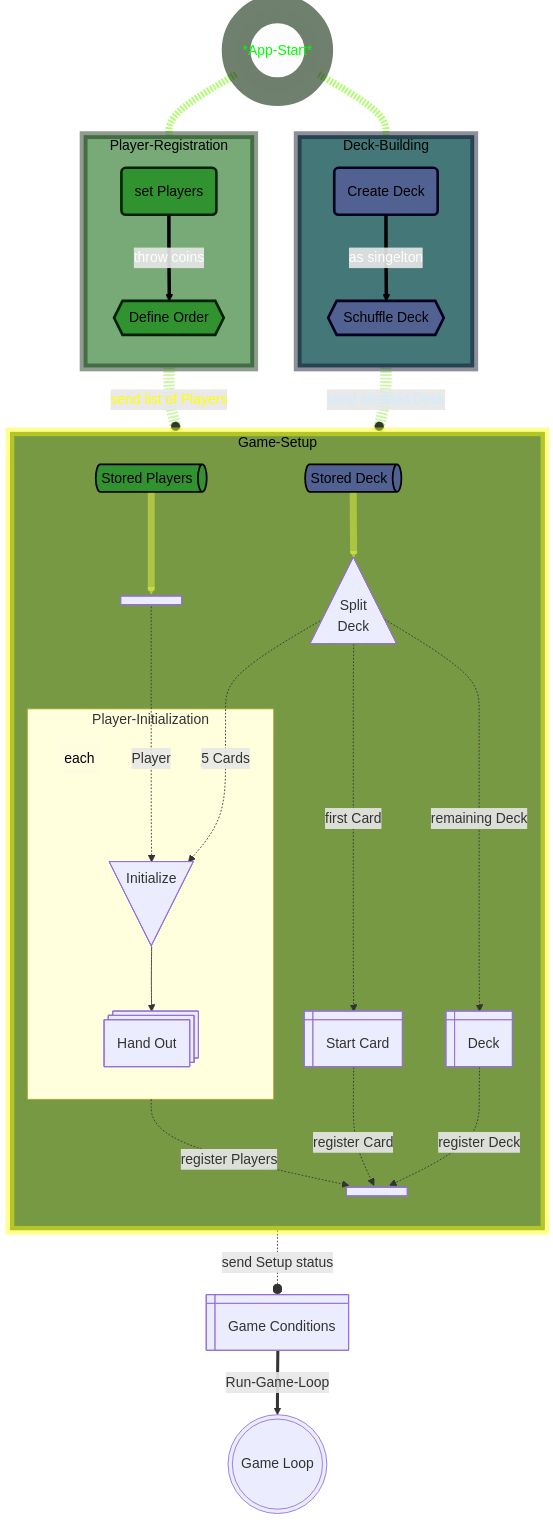
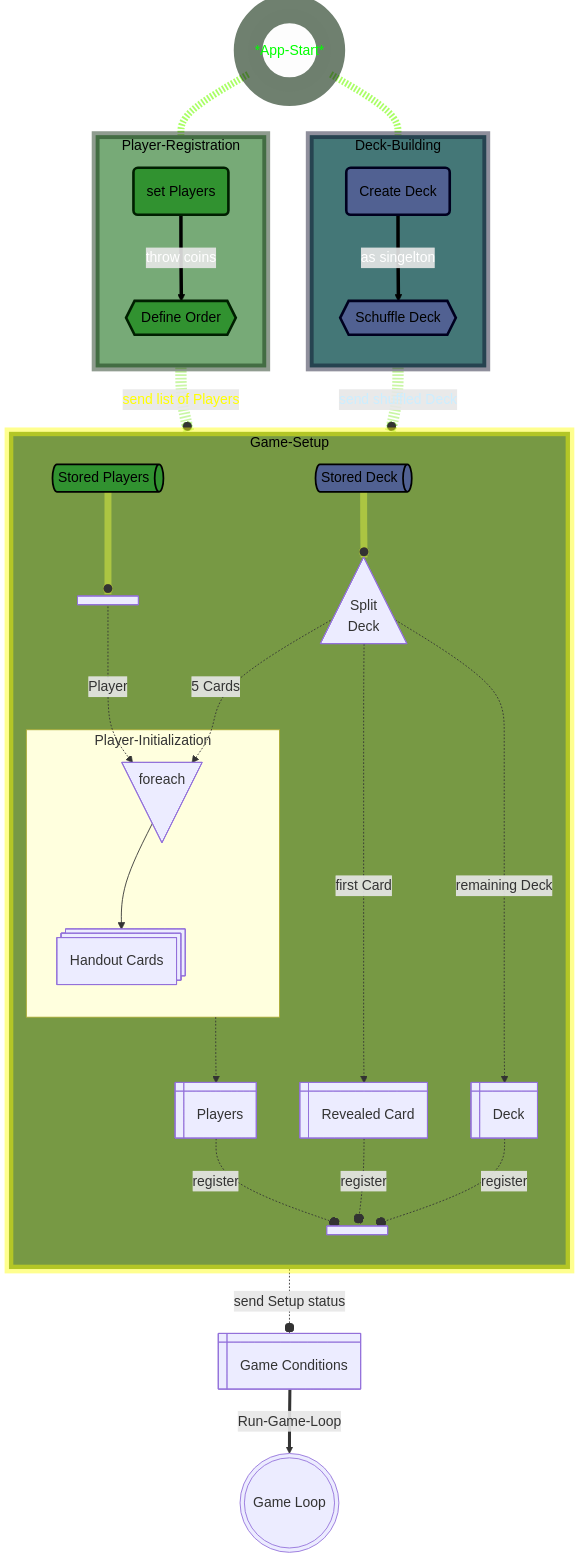
Before and after one commit to IxI-Enki/PoseUebung-016: the diagram in README.md, drawn with Mermaid.

```diff
--- a/README.md
+++ b/README.md
@@ -10,22 +10,24 @@
 flowchart TB
 
   %% NODES:
-    fxStrtCndtns[ Game Conditions     ]@{ shape: win-pane }
-    dfPlyrOrdr[   Define Order        ]@{ shape: hex      }
-    bgnGame[      Game Loop           ]@{ shape: dbl-circ }
-    hndPlyr[      Hand Out            ]@{ shape: st-rect  }
-    dfPlyr[       set Players         ]@{ shape: rounded  }
-    fxPlyr[       Stored Players      ]@{ shape: h-cyl    }
-    crDck[        Create Deck         ]@{ shape: rounded  }
-    shDck[        Schuffle Deck       ]@{ shape: hex      }
-    rvCrd[        Start Card          ]@{ shape: win-pane }
-    fxDck[        Stored Deck         ]@{ shape: h-cyl    }
-    strt[         *App-Start*         ]@{ shape: circle   }
-    init[         i                   ]@{ shape: fork     }
-    e[            Initialize          ]@{ shape: flip-tri }
-    ip[           i                   ]@{ shape: fork     }
-                                     id@{ shape: tri, label: "Split\n Deck" }
-    d[            Deck                ]@{ shape: win-pane }
+    fxStrtCndtns[ Game Conditions ]@{ shape: win-pane }
+    dfPlyrOrdr[   Define Order    ]@{ shape: hex      }
+    bgnGame[      Game Loop       ]@{ shape: dbl-circ }
+    players[      Players         ]@{ shape: win-pane }
+    fxPlyr[       Stored Players  ]@{ shape: h-cyl    }
+    dfPlyr[       set Players     ]@{ shape: rounded  }
+    rvCrd[        Revealed Card   ]@{ shape: win-pane }
+    shDck[        Schuffle Deck   ]@{ shape: hex      }
+    crDck[        Create Deck     ]@{ shape: rounded  }
+    fxDck[        Stored Deck     ]@{ shape: h-cyl    }
+    strt[         *App-Start*     ]@{ shape: circle   }
+    init[         i               ]@{ shape: fork     }
+    ip[           i               ]@{ shape: fork     }
+    e[            foreach         ]@{ shape: flip-tri }
+    d[            Deck            ]@{ shape: win-pane }
+         
+         id@{ shape: tri,     label: "Split\n Deck"  }
+    hndPlyr@{ shape: st-rect, label: "Handout Cards" }
     
   %% CLASS STYLES:
     style strt color:#0f0f, fill:#f1f4f230, stroke:#001f0090, stroke-width:33px;
@@ -72,32 +74,33 @@
       direction TB 
 
     %% PLAYER INIT:
-      fxPlyr --> ip
-      fxDck  --> id
+      fxPlyr --o ip
+      fxDck  --o id
         linkStyle 6,7 stroke:#e0f0407f, stroke-width:8px;
 
-      ip -..-> | Player  | e
-      id -..-> | 5 Cards | e 
+      ip -.-> | Player  | e
+      id -.-> | 5 Cards | e 
       %%  linkStyle 6,7 stroke:#e0f0407f, stroke-width:8px;
 
         subgraph Player-Initialization
-          note[ each ]@{shape: text} ~~~ e
-            style note color:#000, fill:#d7d9d409, stroke:#ffffff30, stroke-width:2px;
           e --> hndPlyr
-        
           %%  linkStyle 6,7 stroke:#e0f0407f, stroke-width:8px;
         end
 
-      Player-Initialization -.-> | register Players | init
+      Player-Initialization -..-> players
+      %%  linkStyle 6,7 stroke:#e0f0407f, stroke-width:8px;
+
+      
+      id    -.-> | first Card     | rvCrd
+      id    -.-> | remaining Deck | d
       %%  linkStyle 6,7 stroke:#e0f0407f, stroke-width:8px;
       
-      id    -.-> | first Card     | rvCrd
-      rvCrd -.-> | register Card  | init
-      id    -.-> | remaining Deck | d
-      d     -.-> | register Deck  | init
+      players -.-o | register | init   
+      rvCrd   -.-o | register | init
+      d       -.-o | register | init
       %%  linkStyle 6,7 stroke:#e0f0407f, stroke-width:8px;
-      
     end
+
     Game-Setup -.-o  | send Setup status | fxStrtCndtns 
     %%  linkStyle 6,7 stroke:#e0f0407f, stroke-width:8px;
 
```
